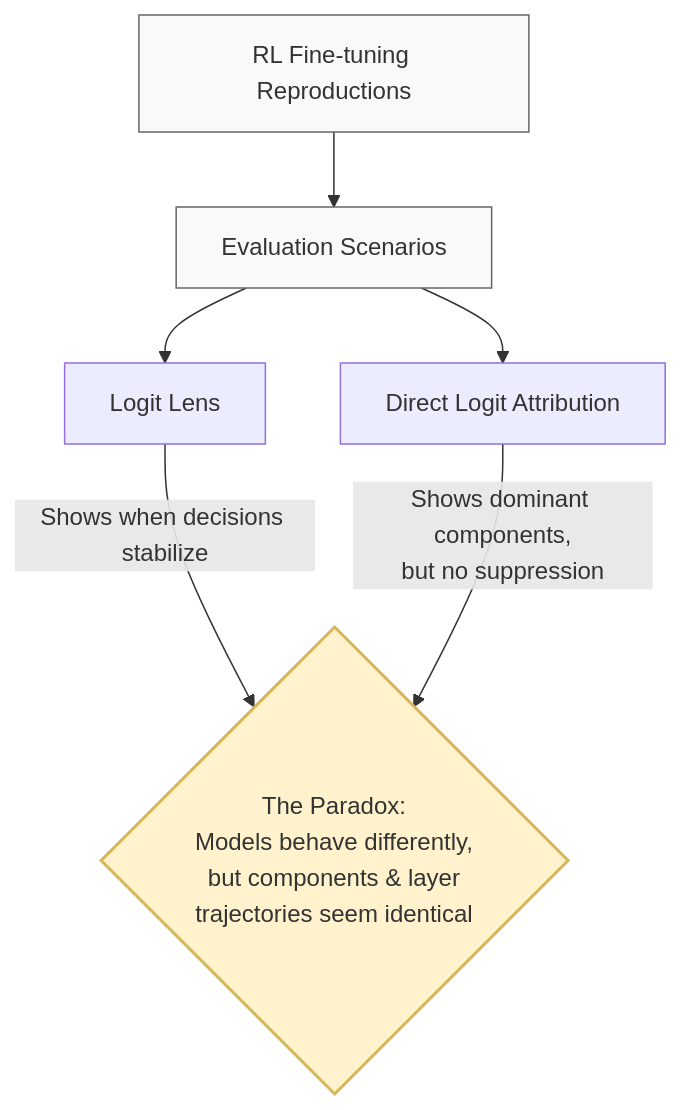
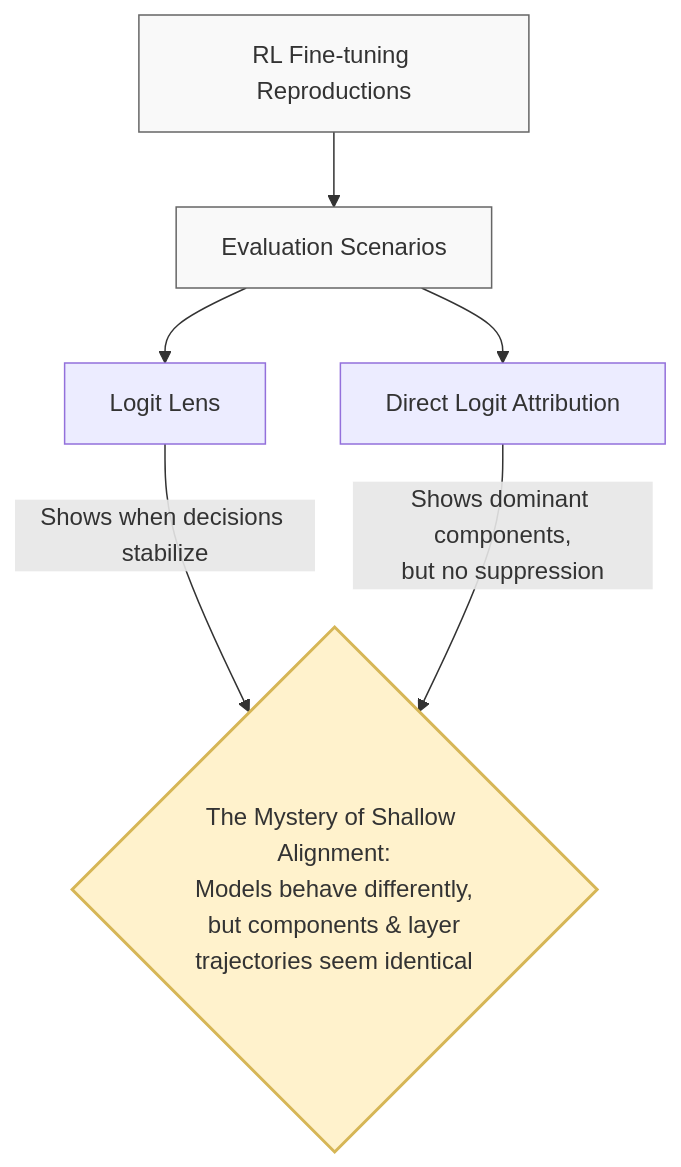
One commit to tylercrosse/LLM_morality changed the second of 4 diagrams in WRITE_UP.md. Above: the diagram before and after it, drawn with Mermaid. The commit also changed other lines of this file, not shown here.

Commit message:
Reframe paradox as mystery

````diff
--- a/WRITE_UP.md
+++ b/WRITE_UP.md
@@ -287,18 +289,18 @@
 ```mermaid
 graph TD
     classDef setup fill:#f9f9f9,stroke:#666,stroke-width:1px;
-    classDef paradox fill:#fff2cc,stroke:#d6b656,stroke-width:2px;
+    classDef feature fill:#fff2cc,stroke:#d6b656,stroke-width:2px;
 
     %% Base Setup
     FT[RL Fine-tuning Reproductions] --> Eval[Evaluation Scenarios]
     Eval --> LL[Logit Lens]
     Eval --> DLA[Direct Logit Attribution]
 
     class FT,Eval setup;
 
-    %% The Paradox
-    LL -- Shows when decisions stabilize --> Paradox{The Paradox:<br>Models behave differently,<br>but components & layer<br>trajectories seem identical}
-    DLA -- Shows dominant components,<br>but no suppression --> Paradox
+    %% The Mystery
+    LL -- Shows when decisions stabilize --> Mystery{The Mystery of Shallow Alignment:<br>Models behave differently,<br>but components & layer<br>trajectories seem identical}
+    DLA -- Shows dominant components,<br>but no suppression --> Mystery
 
-    class Paradox paradox;
+    class Mystery feature;
 ```
````
